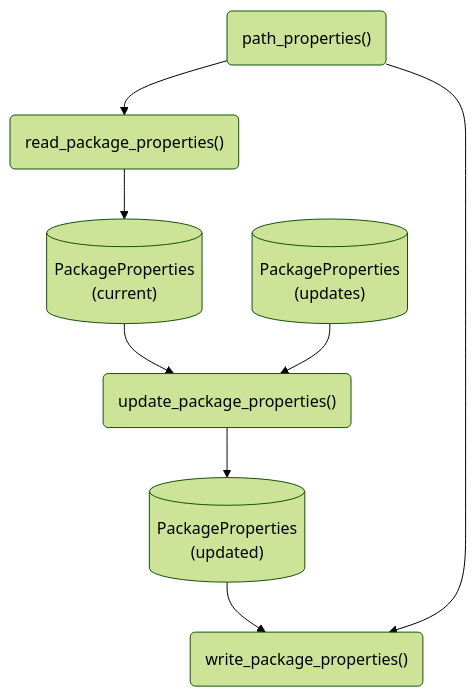
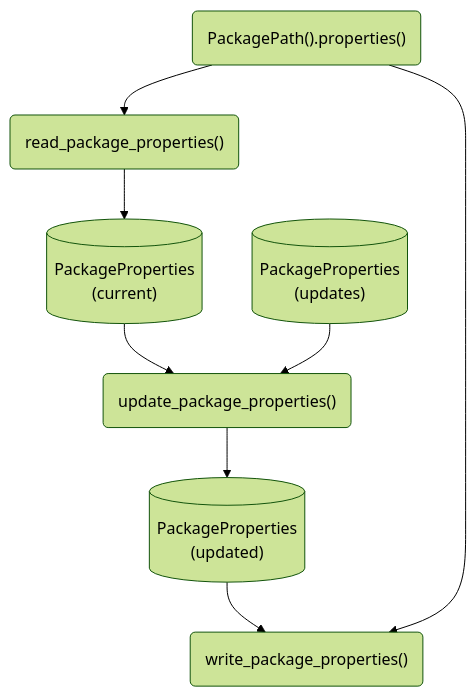
One commit to signekb/seedcase-sprout changed the second of 10 diagrams in docs/design/interface/flows.qmd. Above: the diagram before and after it, drawn with Mermaid (forest theme). The commit also changed other lines of this file and 17 other files, not shown here.

````diff
--- a/docs/design/interface/flows.qmd
+++ b/docs/design/interface/flows.qmd
@@ -64,21 +64,21 @@
 ```{mermaid}
 %%| label: fig-flow-update-package
 %%| fig-cap: "Diagram showing the flow of objects and functions to update properties in an existing package."
 %%| fig-alt: "A flow diagram showing the steps to updating properties in an existing package."
 flowchart
     properties_current[("PackageProperties<br>(current)")]
     properties_updates[("PackageProperties<br>(updates)")]
     properties_updated[("PackageProperties<br>(updated)")]
-    path_properties("path_properties()")
+    path_properties("PackagePath().properties()")
     update_package_properties("update_package_properties()")
     read_package_properties("read_package_properties()")
     write_package_properties("write_package_properties()")
 
     path_properties --> read_package_properties
     read_package_properties --> properties_current
     properties_current --> update_package_properties
     properties_updates --> update_package_properties
     update_package_properties --> properties_updated
     properties_updated --> write_package_properties
     path_properties --> write_package_properties
 ```
````
